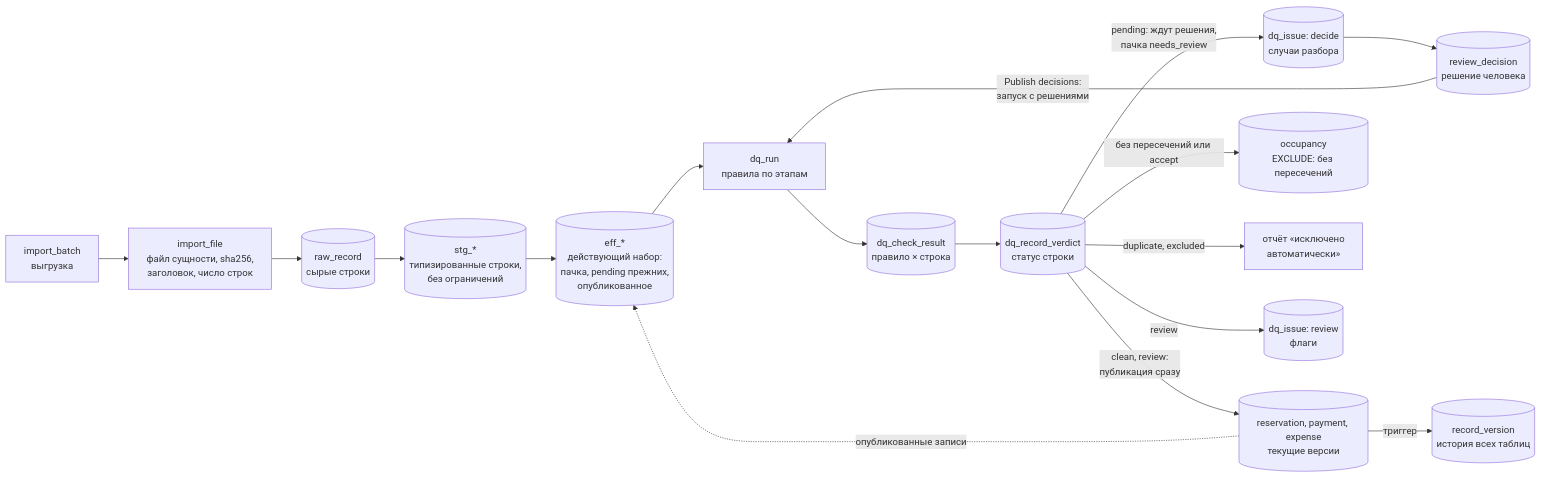
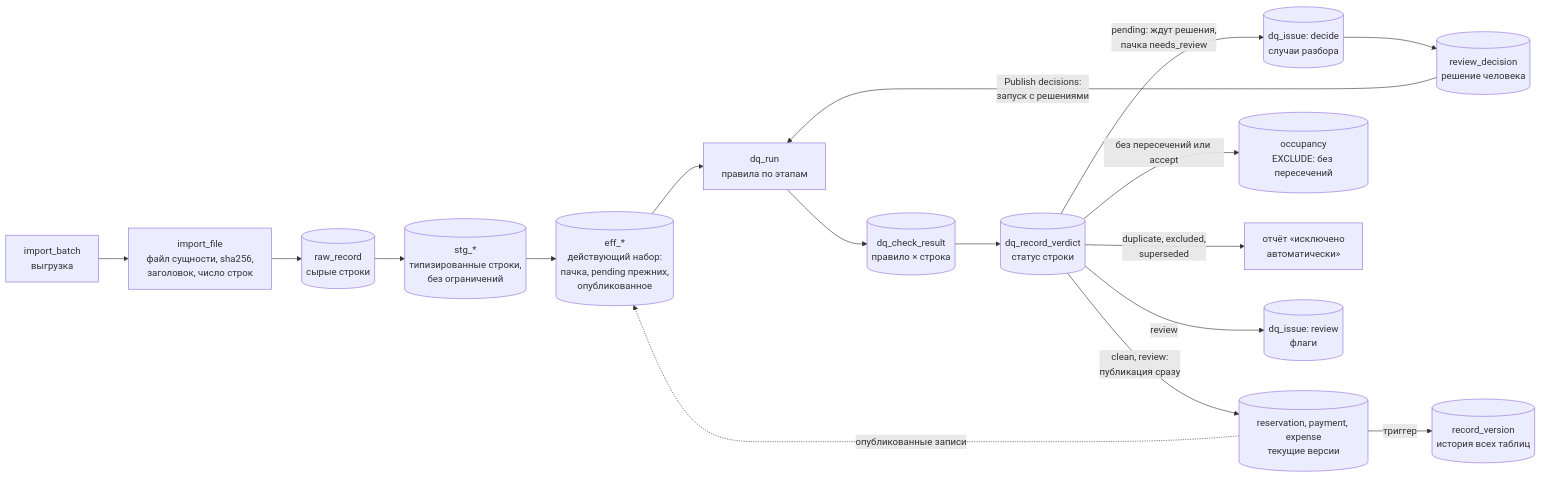
Before and after one commit to ProjectINT/business-system: the diagram in docs/VALIDATION_PLAN.md, drawn with Mermaid. The commit also changed other lines of this file and 6 other files, not shown here.

````diff
--- a/docs/VALIDATION_PLAN.md
+++ b/docs/VALIDATION_PLAN.md
@@ -23,19 +23,19 @@
 ```mermaid
 flowchart LR
   B["import_batch<br/>выгрузка"] --> F["import_file<br/>файл сущности, sha256,<br/>заголовок, число строк"]
   F --> RAW[("raw_record<br/>сырые строки")]
   RAW --> STG[("stg_*<br/>типизированные строки,<br/>без ограничений")]
   STG --> EFF[("eff_*<br/>действующий набор:<br/>пачка, pending прежних,<br/>опубликованное")]
   CORE -.->|"опубликованные записи"| EFF
   EFF --> RUN["dq_run<br/>правила по этапам"]
   RUN --> LOG[("dq_check_result<br/>правило × строка")]
   LOG --> VER[("dq_record_verdict<br/>статус строки")]
   VER -->|"pending: ждут решения,<br/>пачка needs_review"| CASE[("dq_issue: decide<br/>случаи разбора")]
   CASE --> DEC[("review_decision<br/>решение человека")]
   DEC -->|"Publish decisions:<br/>запуск с решениями"| RUN
   VER -->|"clean, review:<br/>публикация сразу"| CORE[("reservation, payment, expense<br/>текущие версии")]
   CORE -->|"триггер"| HIST[("record_version<br/>история всех таблиц")]
   VER -->|"без пересечений или accept"| OCC[("occupancy<br/>EXCLUDE: без пересечений")]
-  VER -->|"duplicate, excluded"| AUTO["отчёт «исключено<br/>автоматически»"]
+  VER -->|"duplicate, excluded,<br/>superseded"| AUTO["отчёт «исключено<br/>автоматически»"]
   VER -->|"review"| ISS[("dq_issue: review<br/>флаги")]
 ```
````
